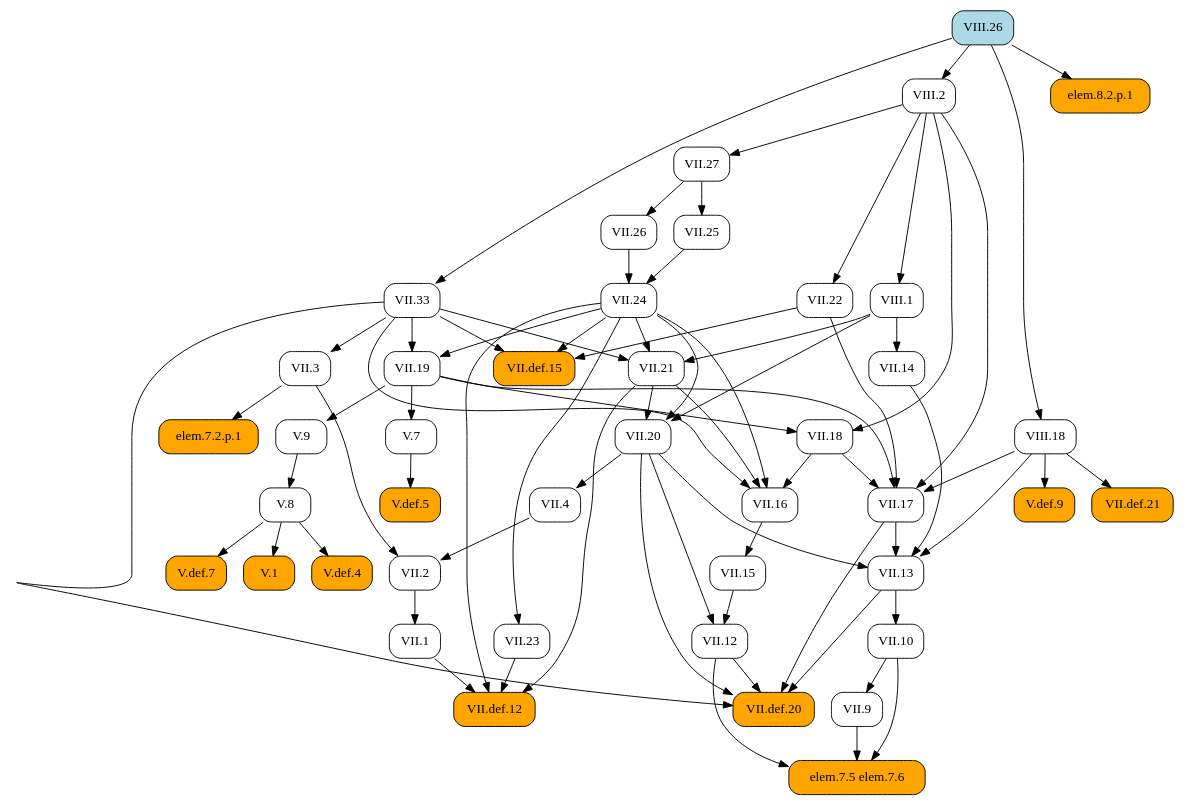
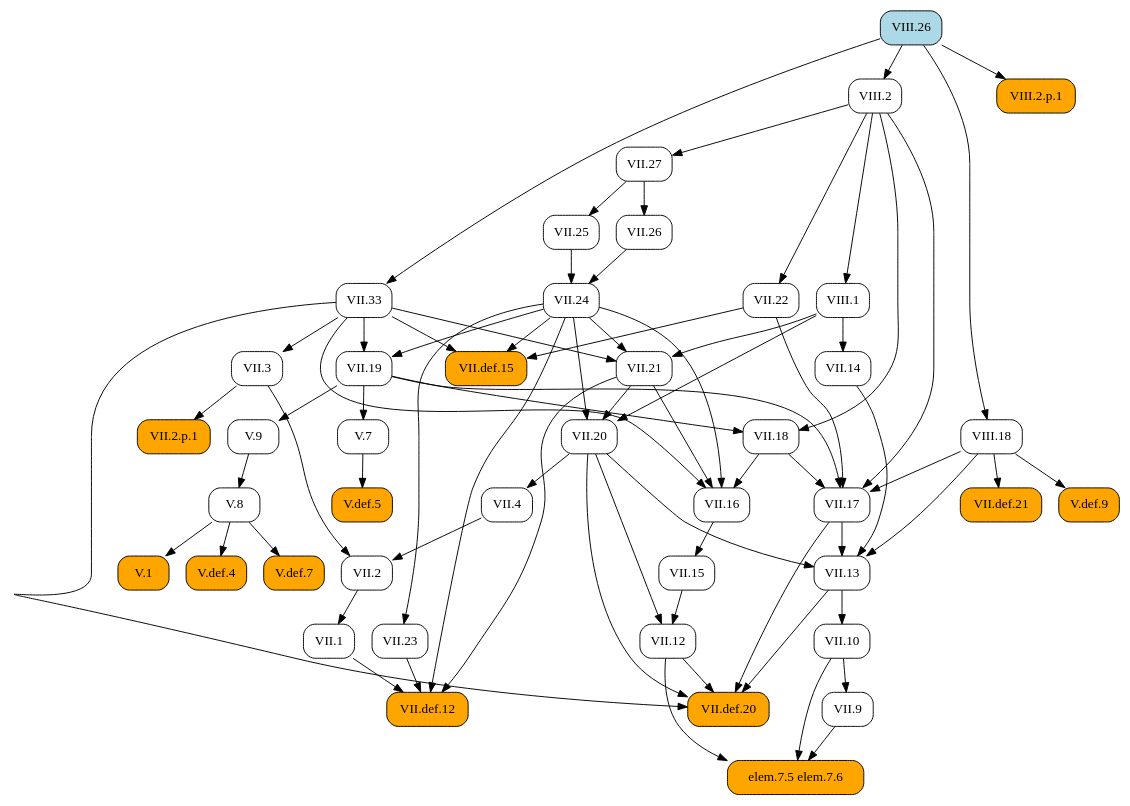
The diagram in docsrc/heath/VIII/26/index.rst (geometor/elements), drawn with Graphviz before and after one commit. The commit also changed other lines of this file and 484 other files, not shown here.

```diff
--- a/docsrc/heath/VIII/26/index.rst
+++ b/docsrc/heath/VIII/26/index.rst
@@ -32,117 +32,117 @@
    digraph {
      rankdir="TB";
      node [shape=box, style=rounded];
-     "VII.1" [URL="/heath/VII/1/", target="_top"];
-     "VIII.26" [style="rounded,filled", fillcolor=lightblue, URL="/heath/VIII/26/", target="_top"];
+     "VII.33" [URL="/heath/VII/33/", target="_top"];
+     "VII.12" [URL="/heath/VII/12/", target="_top"];
+     "elem.7.5 elem.7.6" [style="rounded,filled", fillcolor=orange];
      "VII.9" [URL="/heath/VII/9/", target="_top"];
-     "V.def.5" [style="rounded,filled", fillcolor=orange, URL="/heath/V/def.5/", target="_top"];
-     "VII.17" [URL="/heath/VII/17/", target="_top"];
-     "VII.3" [URL="/heath/VII/3/", target="_top"];
-     "elem.7.5 elem.7.6" [style="rounded,filled", fillcolor=orange];
-     "VII.def.21" [style="rounded,filled", fillcolor=orange, URL="/heath/VII/def.21/", target="_top"];
-     "V.7" [URL="/heath/V/7/", target="_top"];
-     "V.9" [URL="/heath/V/9/", target="_top"];
-     "VII.13" [URL="/heath/VII/13/", target="_top"];
-     "VII.2" [URL="/heath/VII/2/", target="_top"];
-     "VIII.1" [URL="/heath/VIII/1/", target="_top"];
      "VIII.2" [URL="/heath/VIII/2/", target="_top"];
-     "VII.12" [URL="/heath/VII/12/", target="_top"];
-     "VII.24" [URL="/heath/VII/24/", target="_top"];
-     "VII.def.12" [style="rounded,filled", fillcolor=orange, URL="/heath/VII/def.12/", target="_top"];
-     "V.8" [URL="/heath/V/8/", target="_top"];
-     "VII.33" [URL="/heath/VII/33/", target="_top"];
-     "V.def.9" [style="rounded,filled", fillcolor=orange, URL="/heath/V/def.9/", target="_top"];
-     "elem.7.2.p.1" [style="rounded,filled", fillcolor=orange];
-     "VIII.18" [URL="/heath/VIII/18/", target="_top"];
-     "VII.10" [URL="/heath/VII/10/", target="_top"];
-     "VII.def.15" [style="rounded,filled", fillcolor=orange, URL="/heath/VII/def.15/", target="_top"];
-     "VII.19" [URL="/heath/VII/19/", target="_top"];
      "VII.18" [URL="/heath/VII/18/", target="_top"];
      "VII.16" [URL="/heath/VII/16/", target="_top"];
+     "V.7" [URL="/heath/V/7/", target="_top"];
      "VII.26" [URL="/heath/VII/26/", target="_top"];
-     "VII.4" [URL="/heath/VII/4/", target="_top"];
-     "VII.25" [URL="/heath/VII/25/", target="_top"];
-     "VII.21" [URL="/heath/VII/21/", target="_top"];
-     "V.1" [style="rounded,filled", fillcolor=orange, URL="/heath/V/1/", target="_top"];
-     "VII.20" [URL="/heath/VII/20/", target="_top"];
+     "V.def.5" [style="rounded,filled", fillcolor=orange, URL="/heath/V/def.5/", target="_top"];
+     "V.9" [URL="/heath/V/9/", target="_top"];
+     "VII.10" [URL="/heath/VII/10/", target="_top"];
+     "VIII.26" [style="rounded,filled", fillcolor=lightblue, URL="/heath/VIII/26/", target="_top"];
+     "VII.13" [URL="/heath/VII/13/", target="_top"];
+     "VIII.18" [URL="/heath/VIII/18/", target="_top"];
+     "VII.def.15" [style="rounded,filled", fillcolor=orange, URL="/heath/VII/def.15/", target="_top"];
+     "VII.17" [URL="/heath/VII/17/", target="_top"];
+     "VIII.2.p.1" [style="rounded,filled", fillcolor=orange];
+     "VII.19" [URL="/heath/VII/19/", target="_top"];
+     "VII.2" [URL="/heath/VII/2/", target="_top"];
+     "VII.def.20" [style="rounded,filled", fillcolor=orange, URL="/heath/VII/def.20/", target="_top"];
+     "VII.2.p.1" [style="rounded,filled", fillcolor=orange];
+     "VII.15" [URL="/heath/VII/15/", target="_top"];
+     "V.def.4" [style="rounded,filled", fillcolor=orange, URL="/heath/V/def.4/", target="_top"];
+     "V.def.7" [style="rounded,filled", fillcolor=orange, URL="/heath/V/def.7/", target="_top"];
      "VII.14" [URL="/heath/VII/14/", target="_top"];
      "VII.27" [URL="/heath/VII/27/", target="_top"];
-     "V.def.4" [style="rounded,filled", fillcolor=orange, URL="/heath/V/def.4/", target="_top"];
+     "VII.21" [URL="/heath/VII/21/", target="_top"];
      "VII.22" [URL="/heath/VII/22/", target="_top"];
-     "V.def.7" [style="rounded,filled", fillcolor=orange, URL="/heath/V/def.7/", target="_top"];
+     "VII.25" [URL="/heath/VII/25/", target="_top"];
+     "VIII.1" [URL="/heath/VIII/1/", target="_top"];
+     "VII.1" [URL="/heath/VII/1/", target="_top"];
+     "V.8" [URL="/heath/V/8/", target="_top"];
      "VII.23" [URL="/heath/VII/23/", target="_top"];
-     "VII.15" [URL="/heath/VII/15/", target="_top"];
-     "VII.def.20" [style="rounded,filled", fillcolor=orange, URL="/heath/VII/def.20/", target="_top"];
-     "elem.8.2.p.1" [style="rounded,filled", fillcolor=orange];
-     "VII.2" -> "VII.1";
-     "VII.10" -> "VII.9";
-     "V.7" -> "V.def.5";
-     "VII.18" -> "VII.17";
-     "VII.19" -> "VII.17";
-     "VII.22" -> "VII.17";
-     "VIII.2" -> "VII.17";
-     "VIII.18" -> "VII.17";
-     "VII.33" -> "VII.3";
+     "VII.4" [URL="/heath/VII/4/", target="_top"];
+     "VII.def.12" [style="rounded,filled", fillcolor=orange, URL="/heath/VII/def.12/", target="_top"];
+     "V.1" [style="rounded,filled", fillcolor=orange, URL="/heath/V/1/", target="_top"];
+     "V.def.9" [style="rounded,filled", fillcolor=orange, URL="/heath/V/def.9/", target="_top"];
+     "VII.3" [URL="/heath/VII/3/", target="_top"];
+     "VII.24" [URL="/heath/VII/24/", target="_top"];
+     "VII.20" [URL="/heath/VII/20/", target="_top"];
+     "VII.def.21" [style="rounded,filled", fillcolor=orange, URL="/heath/VII/def.21/", target="_top"];
+     "VIII.26" -> "VII.33";
+     "VII.15" -> "VII.12";
+     "VII.20" -> "VII.12";
      "VII.9" -> "elem.7.5 elem.7.6";
      "VII.10" -> "elem.7.5 elem.7.6";
      "VII.12" -> "elem.7.5 elem.7.6";
-     "VIII.18" -> "VII.def.21";
-     "VII.19" -> "V.7";
-     "VII.19" -> "V.9";
-     "VII.14" -> "VII.13";
-     "VII.17" -> "VII.13";
-     "VII.20" -> "VII.13";
-     "VIII.18" -> "VII.13";
-     "VII.3" -> "VII.2";
-     "VII.4" -> "VII.2";
-     "VIII.2" -> "VIII.1";
+     "VII.10" -> "VII.9";
      "VIII.26" -> "VIII.2";
-     "VII.15" -> "VII.12";
-     "VII.20" -> "VII.12";
-     "VII.25" -> "VII.24";
-     "VII.26" -> "VII.24";
-     "VII.1" -> "VII.def.12";
-     "VII.21" -> "VII.def.12";
-     "VII.23" -> "VII.def.12";
-     "VII.24" -> "VII.def.12";
-     "V.9" -> "V.8";
-     "VIII.26" -> "VII.33";
-     "VIII.18" -> "V.def.9";
-     "VII.3" -> "elem.7.2.p.1";
-     "VIII.26" -> "VIII.18";
-     "VII.13" -> "VII.10";
-     "VII.22" -> "VII.def.15";
-     "VII.24" -> "VII.def.15";
-     "VII.33" -> "VII.def.15";
-     "VII.24" -> "VII.19";
-     "VII.33" -> "VII.19";
      "VII.19" -> "VII.18";
      "VIII.2" -> "VII.18";
      "VII.18" -> "VII.16";
      "VII.21" -> "VII.16";
      "VII.24" -> "VII.16";
      "VII.33" -> "VII.16";
+     "VII.19" -> "V.7";
      "VII.27" -> "VII.26";
-     "VII.20" -> "VII.4";
-     "VII.27" -> "VII.25";
-     "VII.24" -> "VII.21";
-     "VII.33" -> "VII.21";
-     "VIII.1" -> "VII.21";
-     "V.8" -> "V.1";
-     "VII.21" -> "VII.20";
-     "VII.24" -> "VII.20";
-     "VIII.1" -> "VII.20";
-     "VIII.1" -> "VII.14";
-     "VIII.2" -> "VII.27";
-     "V.8" -> "V.def.4";
-     "VIII.2" -> "VII.22";
-     "V.8" -> "V.def.7";
-     "VII.24" -> "VII.23";
-     "VII.16" -> "VII.15";
+     "V.7" -> "V.def.5";
+     "VII.19" -> "V.9";
+     "VII.13" -> "VII.10";
+     "VII.14" -> "VII.13";
+     "VII.17" -> "VII.13";
+     "VII.20" -> "VII.13";
+     "VIII.18" -> "VII.13";
+     "VIII.26" -> "VIII.18";
+     "VII.22" -> "VII.def.15";
+     "VII.24" -> "VII.def.15";
+     "VII.33" -> "VII.def.15";
+     "VII.18" -> "VII.17";
+     "VII.19" -> "VII.17";
+     "VII.22" -> "VII.17";
+     "VIII.2" -> "VII.17";
+     "VIII.18" -> "VII.17";
+     "VIII.26" -> "VIII.2.p.1";
+     "VII.24" -> "VII.19";
+     "VII.33" -> "VII.19";
+     "VII.3" -> "VII.2";
+     "VII.4" -> "VII.2";
      "VII.12" -> "VII.def.20";
      "VII.13" -> "VII.def.20";
      "VII.17" -> "VII.def.20";
      "VII.20" -> "VII.def.20";
      "VII.33" -> "VII.def.20";
-     "VIII.26" -> "elem.8.2.p.1";
+     "VII.3" -> "VII.2.p.1";
+     "VII.16" -> "VII.15";
+     "V.8" -> "V.def.4";
+     "V.8" -> "V.def.7";
+     "VIII.1" -> "VII.14";
+     "VIII.2" -> "VII.27";
+     "VII.24" -> "VII.21";
+     "VII.33" -> "VII.21";
+     "VIII.1" -> "VII.21";
+     "VIII.2" -> "VII.22";
+     "VII.27" -> "VII.25";
+     "VIII.2" -> "VIII.1";
+     "VII.2" -> "VII.1";
+     "V.9" -> "V.8";
+     "VII.24" -> "VII.23";
+     "VII.20" -> "VII.4";
+     "VII.1" -> "VII.def.12";
+     "VII.21" -> "VII.def.12";
+     "VII.23" -> "VII.def.12";
+     "VII.24" -> "VII.def.12";
+     "V.8" -> "V.1";
+     "VIII.18" -> "V.def.9";
+     "VII.33" -> "VII.3";
+     "VII.25" -> "VII.24";
+     "VII.26" -> "VII.24";
+     "VII.21" -> "VII.20";
+     "VII.24" -> "VII.20";
+     "VIII.1" -> "VII.20";
+     "VIII.18" -> "VII.def.21";
    }
```
